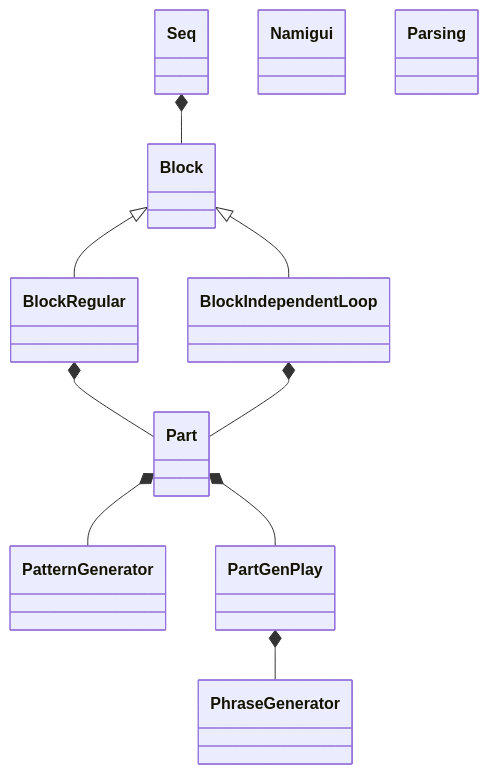
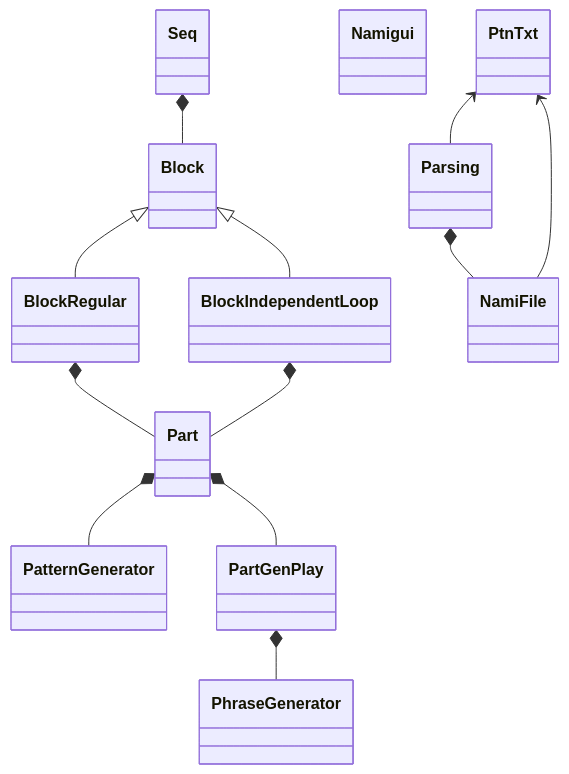
The diagram in namihey_class.md (hasebems/namihey), drawn with Mermaid before and after one commit. The commit also changed other lines of this file, not shown here.

Commit message:
NamiFile, PtnTxtクラス追加

````diff
--- a/namihey_class.md
+++ b/namihey_class.md
@@ -23,13 +23,15 @@
 ```mermaid
 classDiagram
 Seq *-- Block
 Block <|-- BlockRegular
 Block <|-- BlockIndependentLoop
 BlockRegular *-- Part
 BlockIndependentLoop *-- Part
 Part *-- PatternGenerator
 Part *-- PartGenPlay
 PartGenPlay *-- PhraseGenerator
 class Namigui
-class Parsing
+Parsing *-- NamiFile
+PtnTxt <-- Parsing
+PtnTxt <-- NamiFile
 ```
````
